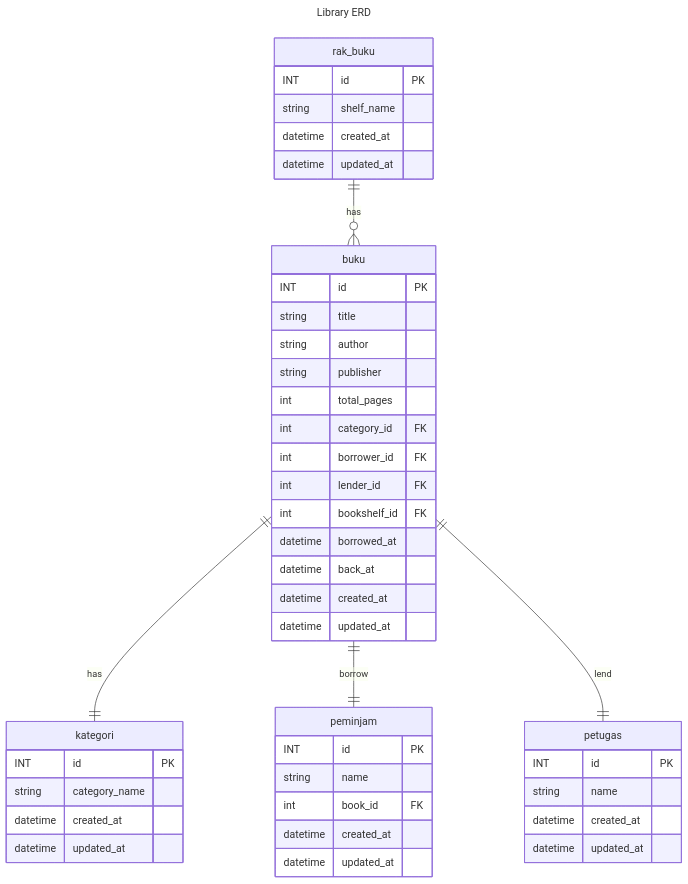
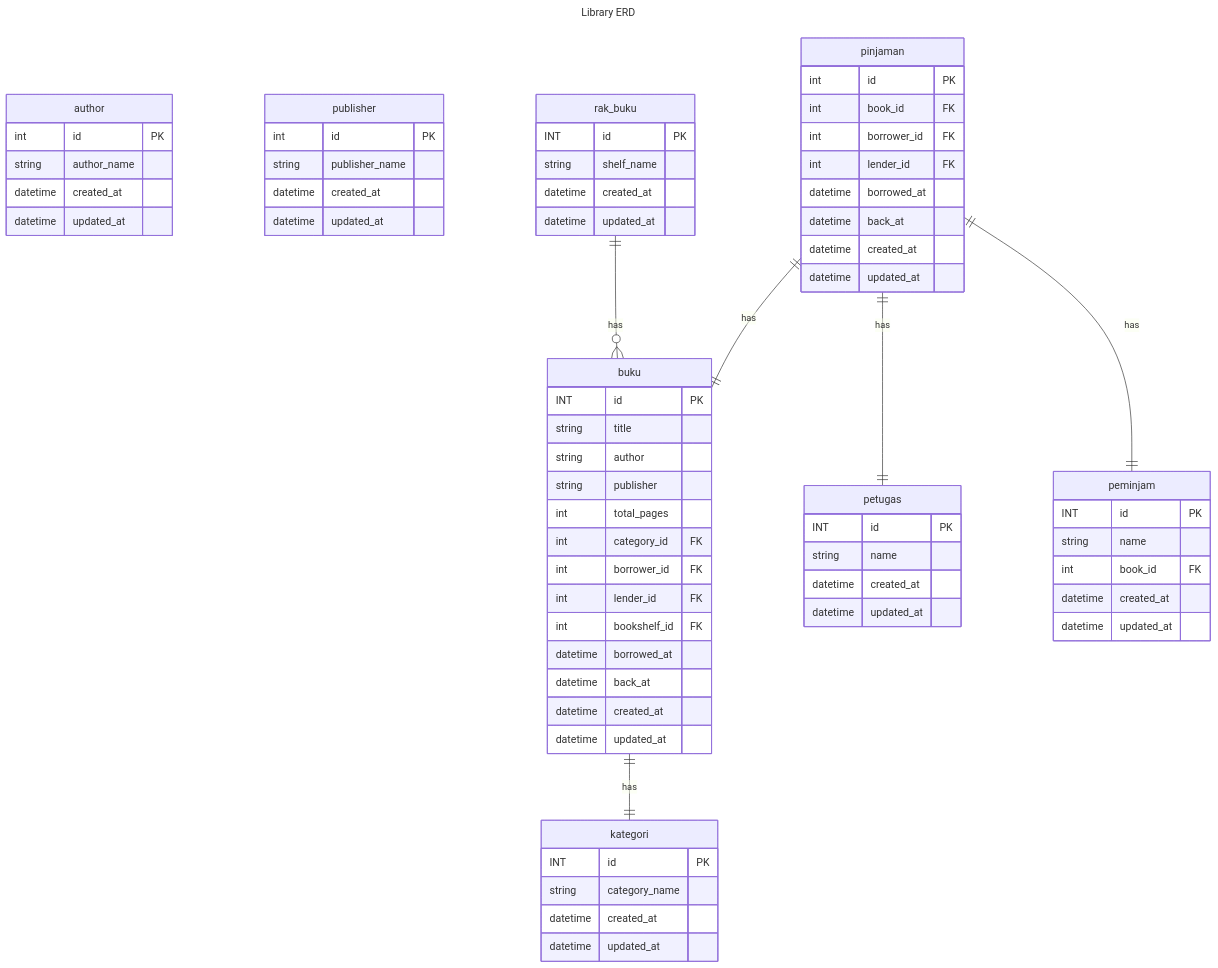
One commit to rezafauzan/koda-b6-db1 changed the diagram in readme.md. Above: the diagram before and after it, drawn with Mermaid.

Commit message:
Feat: Update ERD to match with current database

````diff
--- a/readme.md
+++ b/readme.md
@@ -31,6 +31,21 @@
         datetime created_at
         datetime updated_at
     }
+
+    author{
+        int id PK
+        string author_name
+        datetime created_at
+        datetime updated_at
+    }
+
+    publisher{
+        int id PK
+        string publisher_name
+        datetime created_at
+        datetime updated_at
+    }
+
 
     kategori {
         INT id PK
@@ -61,8 +76,20 @@
         datetime updated_at
     }
 
+    pinjaman{
+        int id PK
+        int book_id FK
+        int borrower_id FK
+        int lender_id FK
+        datetime borrowed_at
+        datetime back_at
+        datetime created_at
+        datetime updated_at
+    }
+
     buku ||--|| kategori : has
     rak_buku only one to zero or many buku : has
-    buku only one to only one peminjam : borrow
-    buku only one to only one petugas : lend
+    pinjaman only one to only one buku : has
+    pinjaman only one to only one peminjam : has
+    pinjaman only one to only one petugas : has
 ```
````
